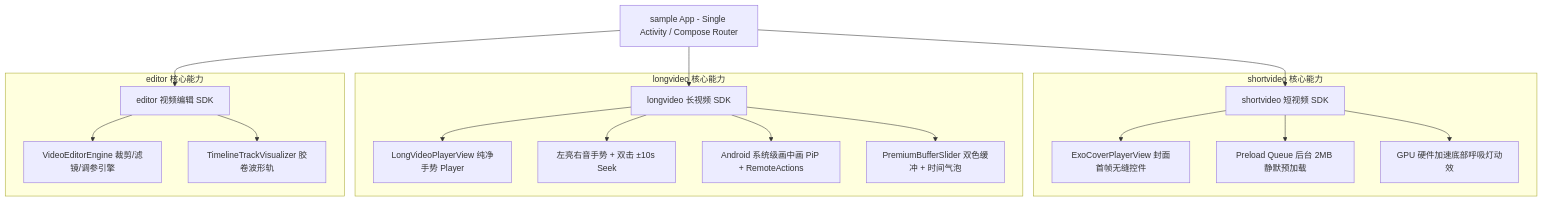
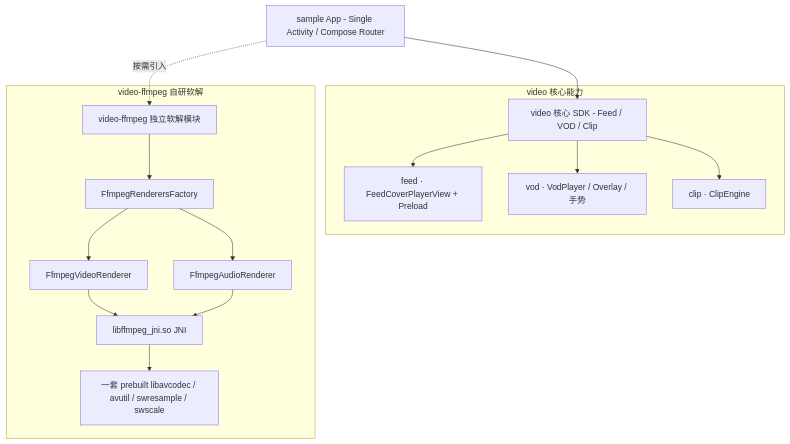
Before and after one commit to e-hai/VideoKit-Android: the diagram in README.md, drawn with Mermaid. The commit also changed other lines of this file and 194 other files, not shown here.

First line of the commit message:
feat: 落地 feed/vod/clip 架构与自研 FFmpeg 软解扩展

````diff
--- a/README.md
+++ b/README.md
@@ -17,24 +17,20 @@
 ```mermaid
 graph TD
-    App[sample App - Single Activity / Compose Router] --> ShortModule[shortvideo 短视频 SDK]
-    App --> LongModule[longvideo 长视频 SDK]
-    App --> EditorModule[editor 视频编辑 SDK]
+    App[sample App - Single Activity / Compose Router] --> CoreVideo[video 核心 SDK - Feed / VOD / Clip]
+    App -. 按需引入 .-> FFmpegModule[video-ffmpeg 独立软解模块]
 
-    subgraph shortvideo 核心能力
-        ShortModule --> ExoCoverPlayerView[ExoCoverPlayerView 封面首帧无缝控件]
-        ShortModule --> PreloadQueue[Preload Queue 后台 2MB 静默预加载]
-        ShortModule --> BreathingView[GPU 硬件加速底部呼吸灯动效]
+    subgraph video 核心能力
+        CoreVideo --> Feed[feed · FeedCoverPlayerView + Preload]
+        CoreVideo --> Vod[vod · VodPlayer / Overlay / 手势]
+        CoreVideo --> Clip[clip · ClipEngine]
     end
 
-    subgraph longvideo 核心能力
-        LongModule --> LongVideoPlayerView[LongVideoPlayerView 纯净手势 Player]
-        LongModule --> GestureController[左亮右音手势 + 双击 ±10s Seek]
-        LongModule --> PipManager[Android 系统级画中画 PiP + RemoteActions]
-        LongModule --> PremiumSlider[PremiumBufferSlider 双色缓冲 + 时间气泡]
-    end
-
-    subgraph editor 核心能力
-        EditorModule --> VideoEditorEngine[VideoEditorEngine 裁剪/滤镜/调参引擎]
-        EditorModule --> TimelineTrack[TimelineTrackVisualizer 胶卷波形轨]
+    subgraph video-ffmpeg 自研软解
+        FFmpegModule --> Factory[FfmpegRenderersFactory]
+        Factory --> VRen[FfmpegVideoRenderer]
+        Factory --> ARen[FfmpegAudioRenderer]
+        VRen --> JNI[libffmpeg_jni.so JNI]
+        ARen --> JNI
+        JNI --> SO[一套 prebuilt libavcodec / avutil / swresample / swscale]
     end
 ```
````
